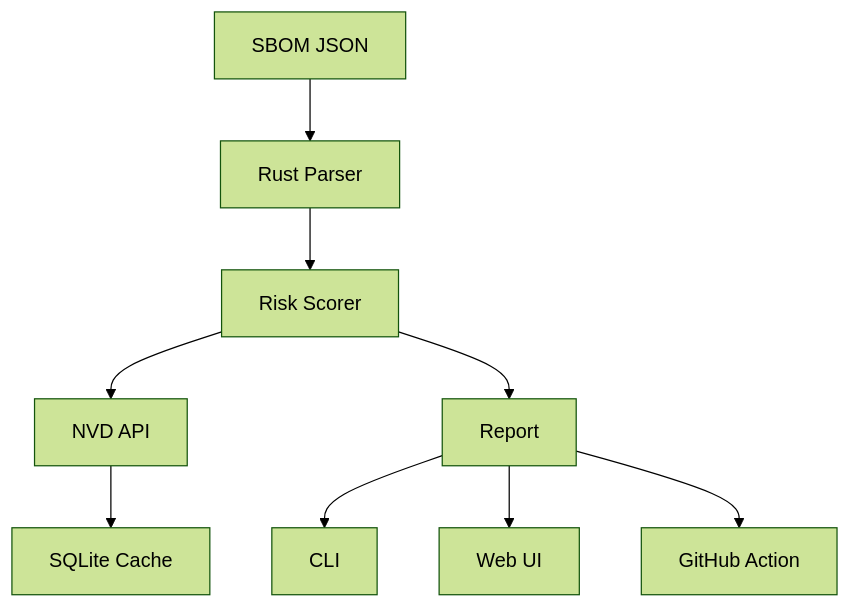
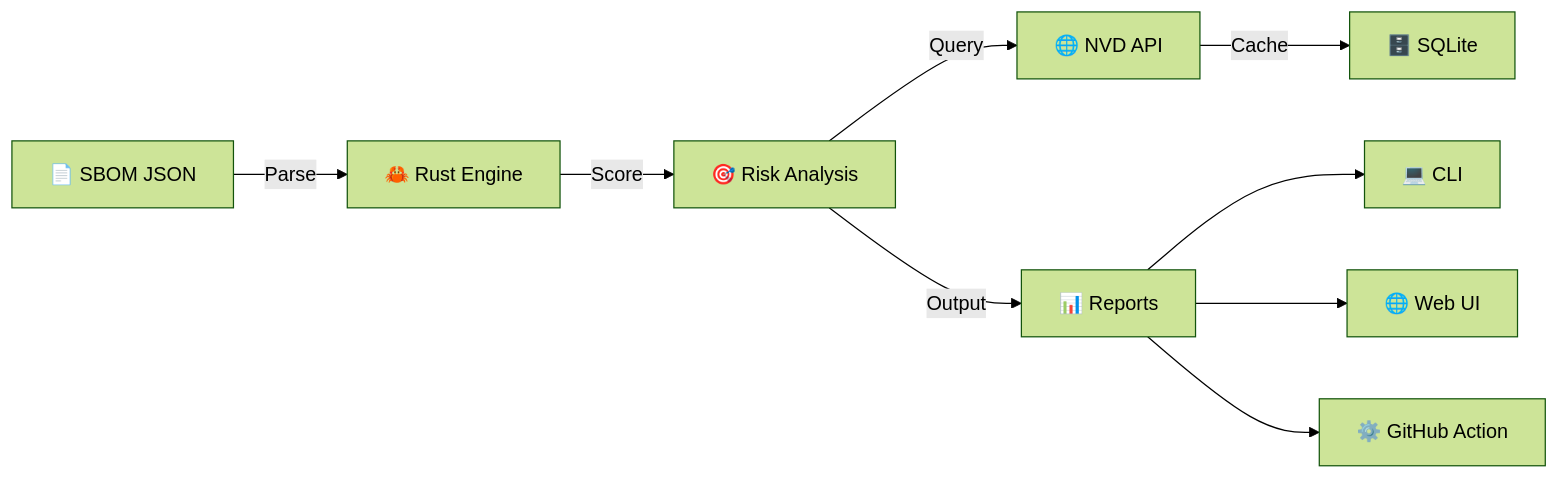
Before and after one commit to Zertannax/Zertree: the diagram in README.md, drawn with Mermaid (forest theme). The commit also changed other lines of this file, not shown here.

First line of the commit message:
docs: Complete README overhaul with animated SVG graphics

````diff
--- a/README.md
+++ b/README.md
@@ -115,11 +213,11 @@
 ```mermaid
-graph TD
-    A[SBOM JSON] --> B[Rust Parser]
-    B --> C[Risk Scorer]
-    C --> D[NVD API]
-    D --> E[SQLite Cache]
-    C --> F[Report]
-    F --> G[CLI]
-    F --> H[Web UI]
-    F --> I[GitHub Action]
+graph LR
+    A[📄 SBOM JSON] -->|Parse| B[🦀 Rust Engine]
+    B -->|Score| C[🎯 Risk Analysis]
+    C -->|Query| D[🌐 NVD API]
+    D -->|Cache| E[🗄️ SQLite]
+    C -->|Output| F[📊 Reports]
+    F --> G[💻 CLI]
+    F --> H[🌐 Web UI]
+    F --> I[⚙️ GitHub Action]
 ```
````
